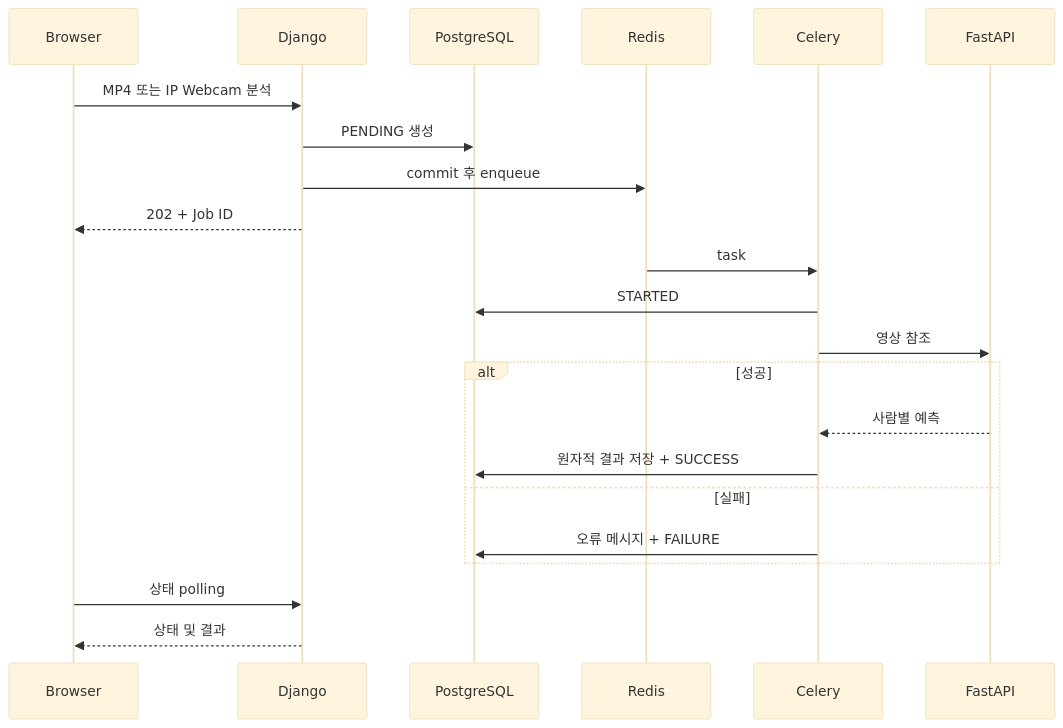
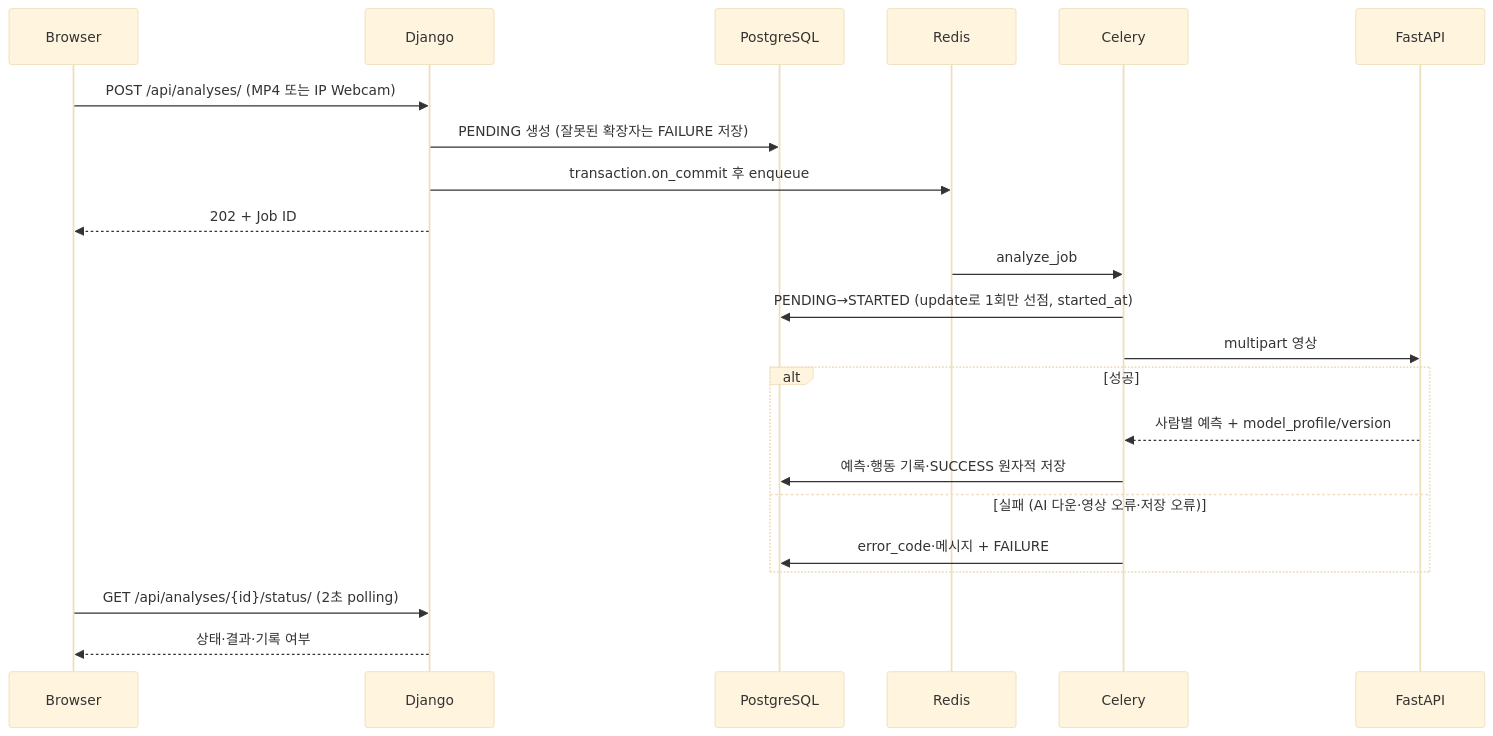
One commit to HanaPark-lab/desk-habit-coach changed the third of 6 diagrams in docs/ARCHITECTURE.md. Above: the diagram before and after it, drawn with Mermaid (base theme). The commit also changed other lines of this file and 6 other files, not shown here.

````diff
--- a/docs/ARCHITECTURE.md
+++ b/docs/ARCHITECTURE.md
@@ -83,24 +69,24 @@
 ```mermaid
 sequenceDiagram
  participant B as Browser
  participant D as Django
  participant P as PostgreSQL
  participant R as Redis
  participant C as Celery
  participant F as FastAPI
- B->>D: MP4 또는 IP Webcam 분석
- D->>P: PENDING 생성
- D->>R: commit 후 enqueue
+ B->>D: POST /api/analyses/ (MP4 또는 IP Webcam)
+ D->>P: PENDING 생성 (잘못된 확장자는 FAILURE 저장)
+ D->>R: transaction.on_commit 후 enqueue
  D-->>B: 202 + Job ID
- R->>C: task
- C->>P: STARTED
- C->>F: 영상 참조
+ R->>C: analyze_job
+ C->>P: PENDING→STARTED (update로 1회만 선점, started_at)
+ C->>F: multipart 영상
  alt 성공
- F-->>C: 사람별 예측
- C->>P: 원자적 결과 저장 + SUCCESS
- else 실패
- C->>P: 오류 메시지 + FAILURE
+ F-->>C: 사람별 예측 + model_profile/version
+ C->>P: 예측·행동 기록·SUCCESS 원자적 저장
+ else 실패 (AI 다운·영상 오류·저장 오류)
+ C->>P: error_code·메시지 + FAILURE
  end
- B->>D: 상태 polling
- D-->>B: 상태 및 결과
+ B->>D: GET /api/analyses/{id}/status/ (2초 polling)
+ D-->>B: 상태·결과·기록 여부
 ```
````
